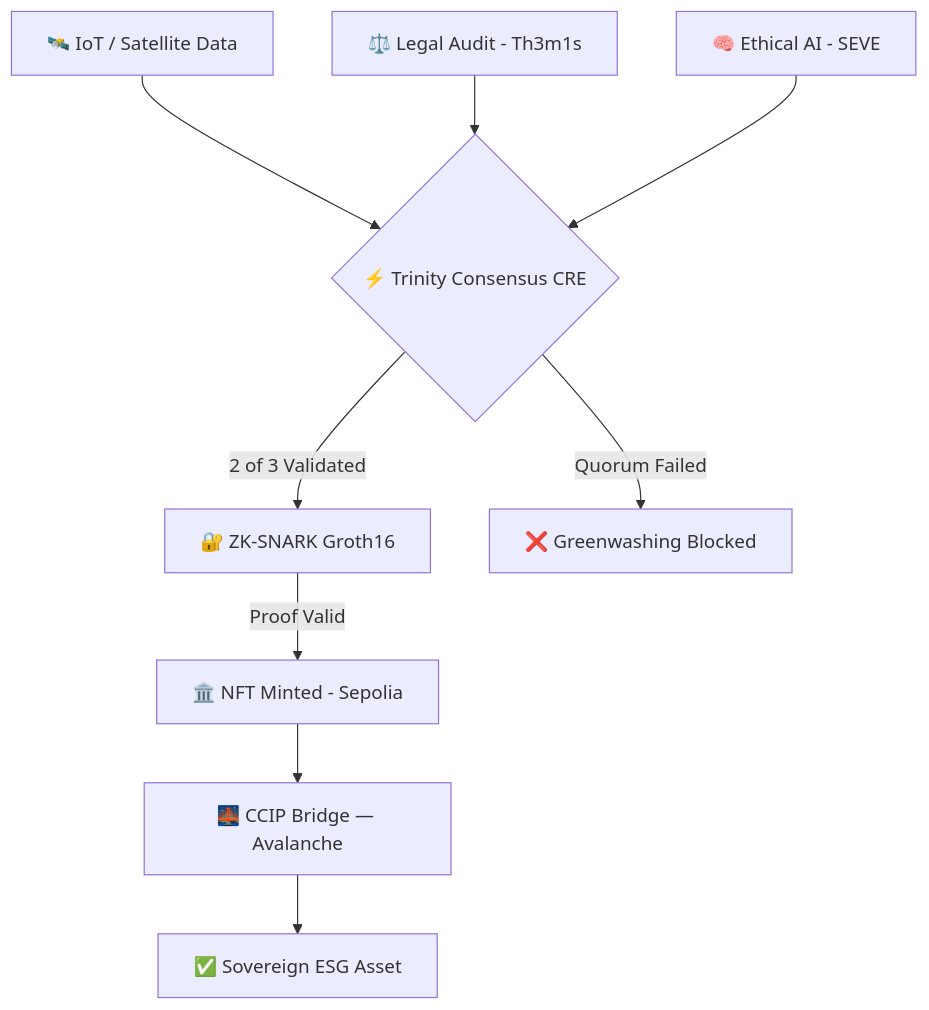
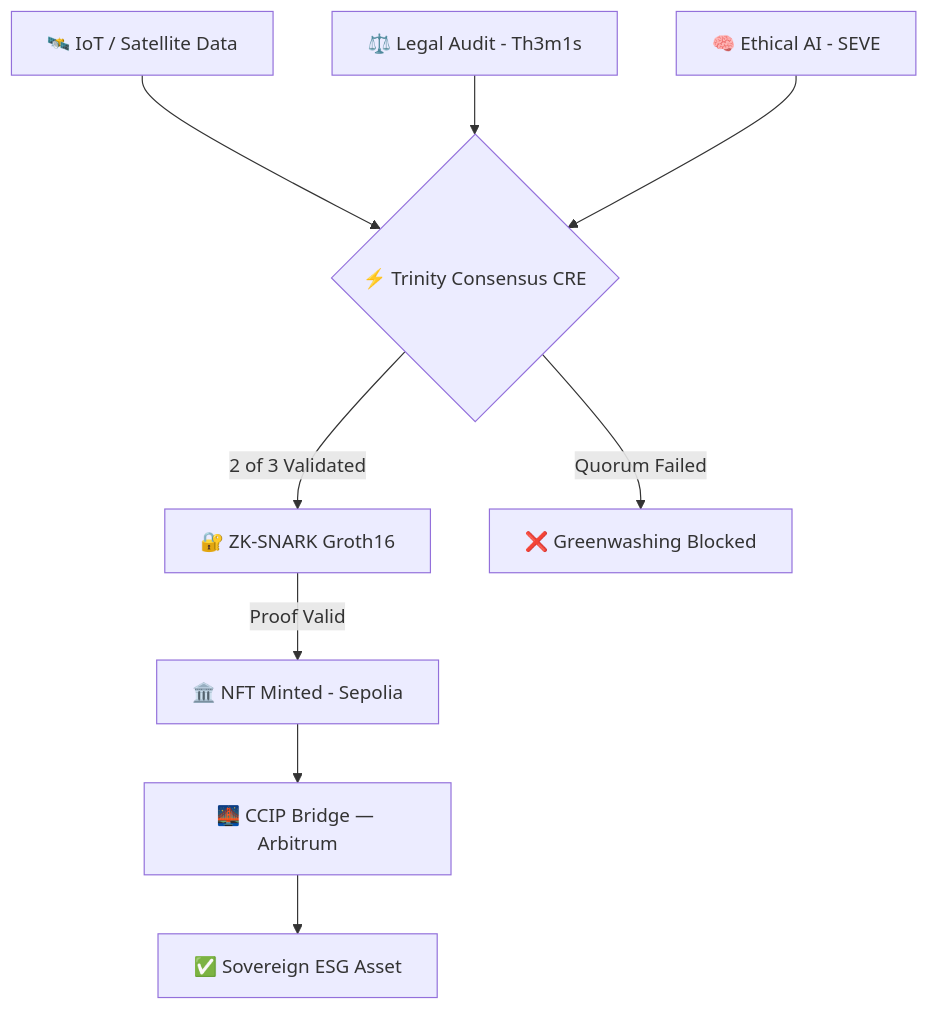
The diagram in README.md (SH1W4/greenproof-zk-esg), drawn with Mermaid before and after one commit. The commit also changed other lines of this file, not shown here.

First line of the commit message:
docs: protocol-grade README rewrite (judge-first architecture) 🏛️📄🦅

````diff
--- a/README.md
+++ b/README.md
@@ -133,11 +155,11 @@
 ```mermaid
 graph TD
     A[🛰️ IoT / Satellite Data] --> B{⚡ Trinity Consensus CRE}
     C[⚖️ Legal Audit - Th3m1s] --> B
     D[🧠 Ethical AI - SEVE] --> B
     B -->|2 of 3 Validated| E[🔐 ZK-SNARK Groth16]
     B -->|Quorum Failed| F[❌ Greenwashing Blocked]
     E -->|Proof Valid| G[🏛️ NFT Minted - Sepolia]
-    G --> H[🌉 CCIP Bridge — Avalanche]
+    G --> H[🌉 CCIP Bridge — Arbitrum]
     H --> I[✅ Sovereign ESG Asset]
 ```
````
